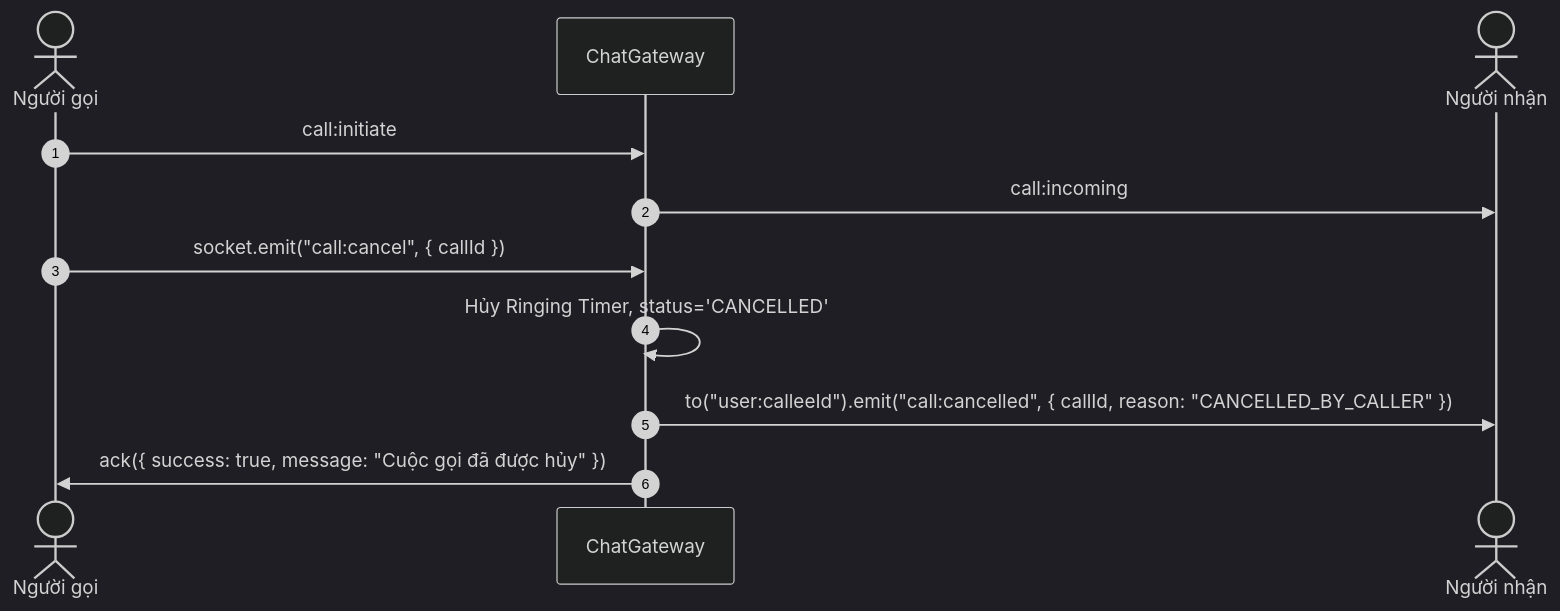
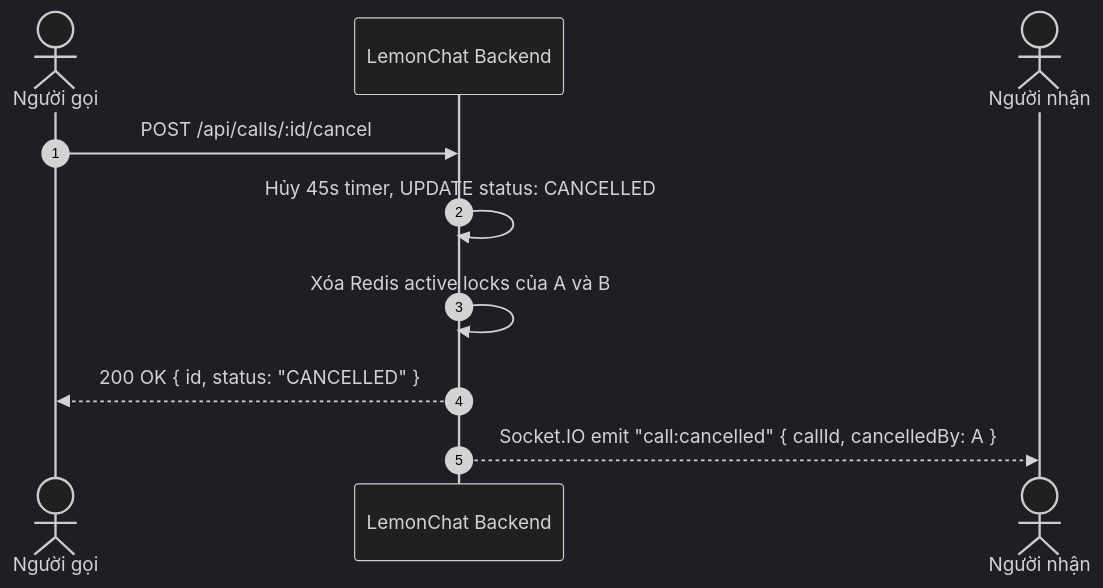
One commit to chanh-group/docs changed the fifth of 6 diagrams in WebRTC_Call_Dev_GUIDE.md. Above: the diagram before and after it, drawn with Mermaid (dark theme). The commit also changed other lines of this file, not shown here.

Commit message:
docs(call): transition architecture specification from P2P to LiveKit SFU

````diff
--- a/WebRTC_Call_Dev_GUIDE.md
+++ b/WebRTC_Call_Dev_GUIDE.md
@@ -331,14 +301,13 @@
 ```mermaid
 sequenceDiagram
     autonumber
-    actor Caller as Người gọi
-    participant GW as ChatGateway
-    actor Callee as Người nhận
+    actor A as Người gọi
+    participant BE as LemonChat Backend
+    actor B as Người nhận
 
-    Caller->>GW: call:initiate
-    GW->>Callee: call:incoming
-    Caller->>GW: socket.emit("call:cancel", { callId })
-    GW->>GW: Hủy Ringing Timer, status='CANCELLED'
-    GW->>Callee: to("user:calleeId").emit("call:cancelled", { callId, reason: "CANCELLED_BY_CALLER" })
-    GW->>Caller: ack({ success: true, message: "Cuộc gọi đã được hủy" })
+    A->>BE: POST /api/calls/:id/cancel
+    BE->>BE: Hủy 45s timer, UPDATE status: CANCELLED
+    BE->>BE: Xóa Redis active locks của A và B
+    BE-->>A: 200 OK { id, status: "CANCELLED" }
+    BE-->>B: Socket.IO emit "call:cancelled" { callId, cancelledBy: A }
 ```
````
